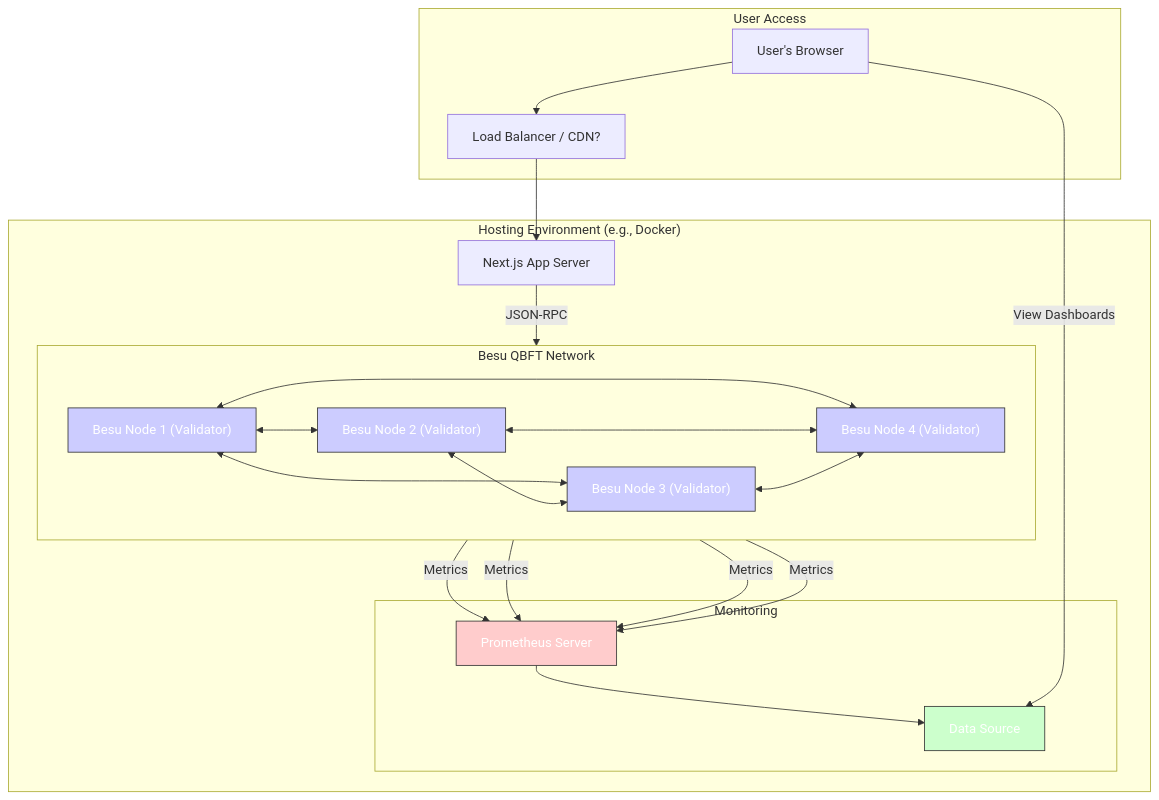
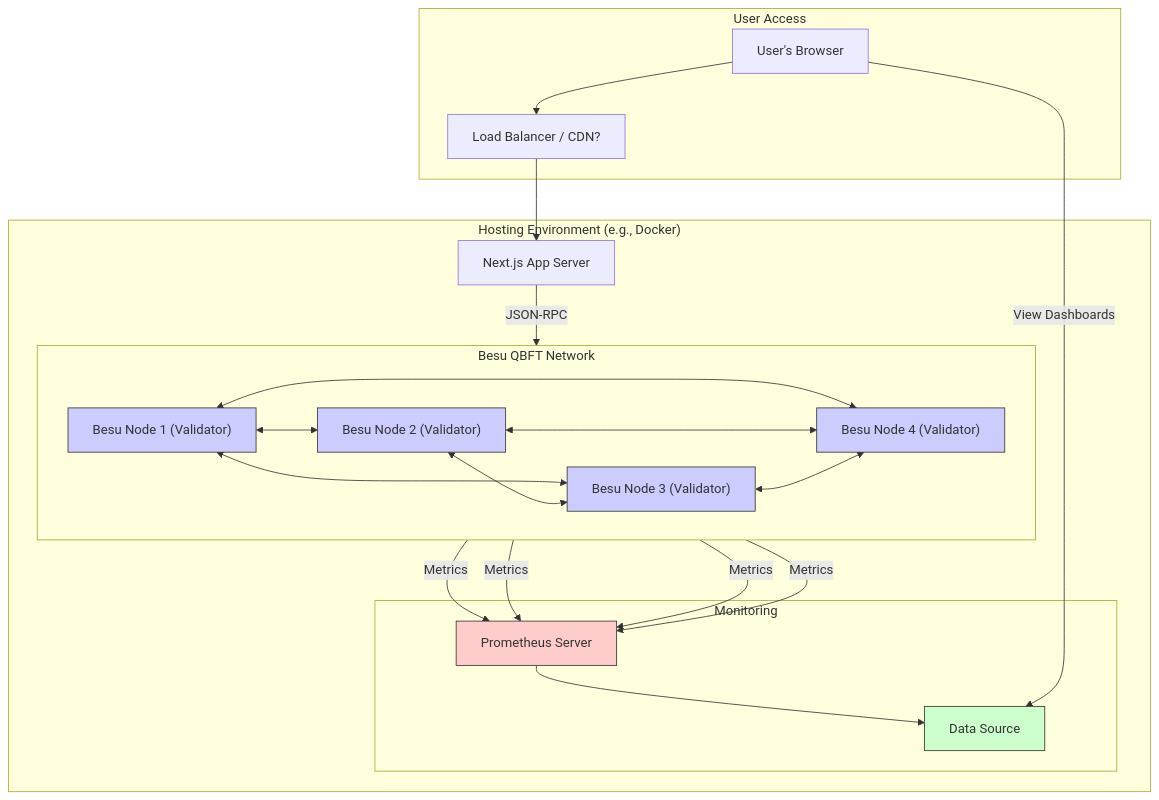
The sixth of 9 diagrams in README.md (ItsRudraksh/healthcare-dapp), drawn with Mermaid before and after one commit. The commit also changed other lines of this file, not shown here.

Commit message:
Refine node styles in README.md diagrams by removing color attributes for improved consistency and clarity

````diff
--- a/README.md
+++ b/README.md
@@ -293,45 +293,45 @@
 ```mermaid
 graph TD
     subgraph "User Access"
         User["User's Browser"] --> LB[Load Balancer / CDN?];
     end
 
     subgraph "Hosting Environment (e.g., Docker)"
         LB --> AppServer[Next.js App Server];
 
         subgraph "Besu QBFT Network"
             direction LR
             Node1["Besu Node 1 (Validator)"]
             Node2["Besu Node 2 (Validator)"]
             Node3["Besu Node 3 (Validator)"]
             Node4["Besu Node 4 (Validator)"]
             Node1 <--> Node2;
             Node1 <--> Node3;
             Node1 <--> Node4;
             Node2 <--> Node3;
             Node2 <--> Node4;
             Node3 <--> Node4;
         end
 
         subgraph "Monitoring"
             Prom[Prometheus Server]
             Graf[Grafana Server]
         end
 
         AppServer -- JSON-RPC --> Node1;
         Node1 -- Metrics --> Prom;
         Node2 -- Metrics --> Prom;
         Node3 -- Metrics --> Prom;
         Node4 -- Metrics --> Prom;
         Prom --> Graf[Data Source];
     end
 
     User -- View Dashboards --> Graf;
 
-    style Node1 fill:#ccf,stroke:#333,color:#fff
-    style Node2 fill:#ccf,stroke:#333,color:#fff
-    style Node3 fill:#ccf,stroke:#333,color:#fff
-    style Node4 fill:#ccf,stroke:#333,color:#fff
-    style Prom fill:#fcc,stroke:#333,color:#fff
-    style Graf fill:#cfc,stroke:#333,color:#fff
+    style Node1 fill:#ccf,stroke:#333
+    style Node2 fill:#ccf,stroke:#333
+    style Node3 fill:#ccf,stroke:#333
+    style Node4 fill:#ccf,stroke:#333
+    style Prom fill:#fcc,stroke:#333
+    style Graf fill:#cfc,stroke:#333
 ```
````
